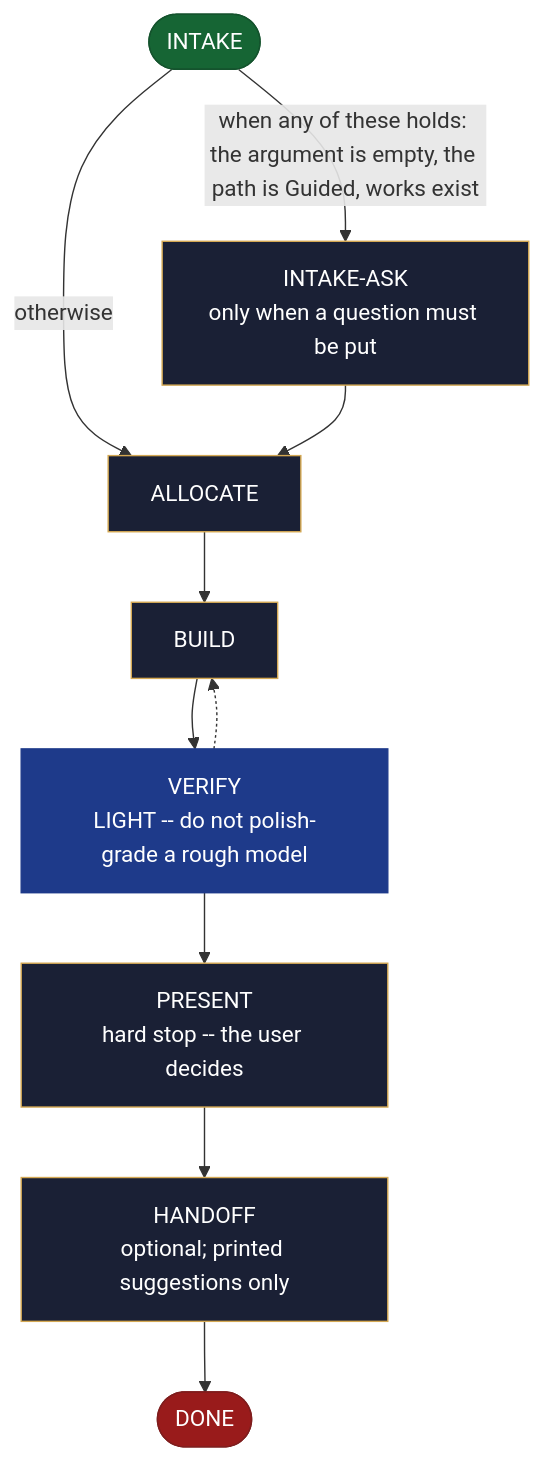
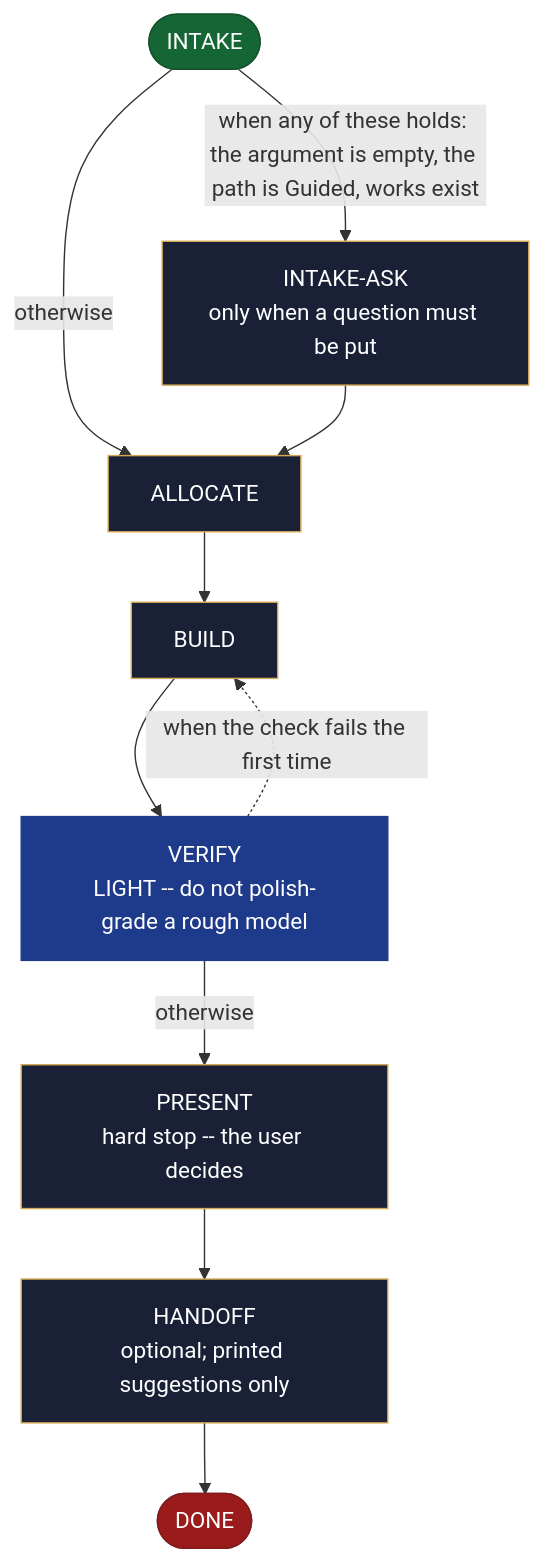
The diagram in site/src/content/docs/skills/aid-prototype.md (AndreVianna/aid-methodology), drawn with Mermaid before and after one commit. The commit also changed 258 other files, not shown here.

````diff
--- a/site/src/content/docs/skills/aid-prototype.md
+++ b/site/src/content/docs/skills/aid-prototype.md
@@ -20,42 +20,42 @@
 ```mermaid
 flowchart TB
   classDef aidNode color:#fff
   classDef aidEntry fill:#166534,stroke:#14532d,color:#fff
   classDef aidExit fill:#991b1b,stroke:#7f1d1d,color:#fff
   classDef aidDecision fill:#92400e,stroke:#78350f,color:#fff
   classDef aidLoopBack fill:#1e3a8a,stroke:#1e3a8a,color:#fff
   classDef aidStep fill:#1a2035,stroke:#d4a853,color:#f1f5f9
   n1(["INTAKE"])
   n2["INTAKE-ASK<br/>only when a question must be put"]
   n3["ALLOCATE"]
   n4["BUILD"]
   n5["VERIFY<br/>LIGHT -- do not polish-grade a rough model"]
   n6["PRESENT<br/>hard stop -- the user decides"]
   n7["HANDOFF<br/>optional; printed suggestions only"]
   n8(["DONE"])
   n1 -->|"when any of these holds: the argument is empty, the path is Guided, works exist"| n2
   n1 -->|"otherwise"| n3
   n2 --> n3
   n3 --> n4
   n4 --> n5
-  n5 -.-> n4
-  n5 --> n6
+  n5 -. "when the check fails the first time" .-> n4
+  n5 -->|"otherwise"| n6
   n6 --> n7
   n7 --> n8
   class n1 aidEntry
   class n2 aidStep
   class n3 aidStep
   class n4 aidStep
   class n5 aidLoopBack
   class n6 aidStep
   class n7 aidStep
   class n8 aidExit
   class n1 aidNode
   class n2 aidNode
   class n3 aidNode
   class n4 aidNode
   class n5 aidNode
   class n6 aidNode
   class n7 aidNode
   class n8 aidNode
 ```
````
